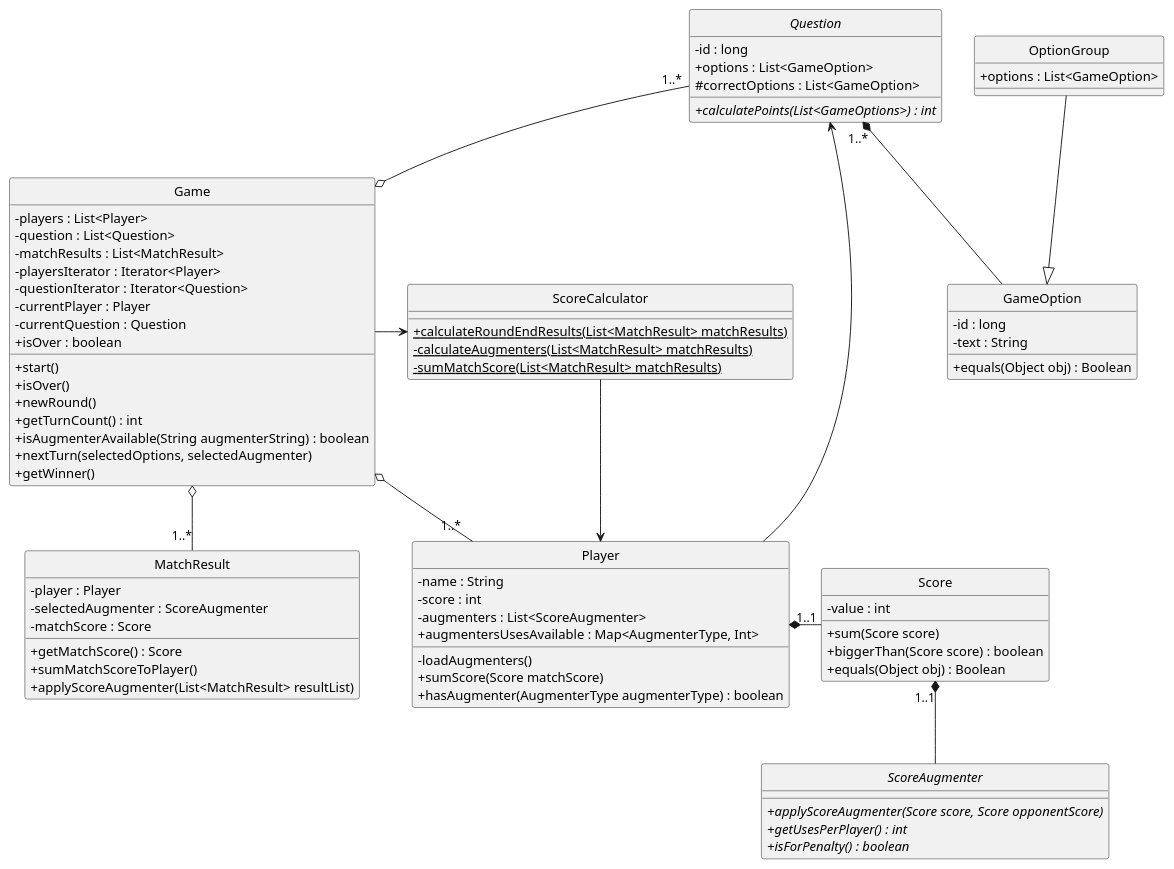
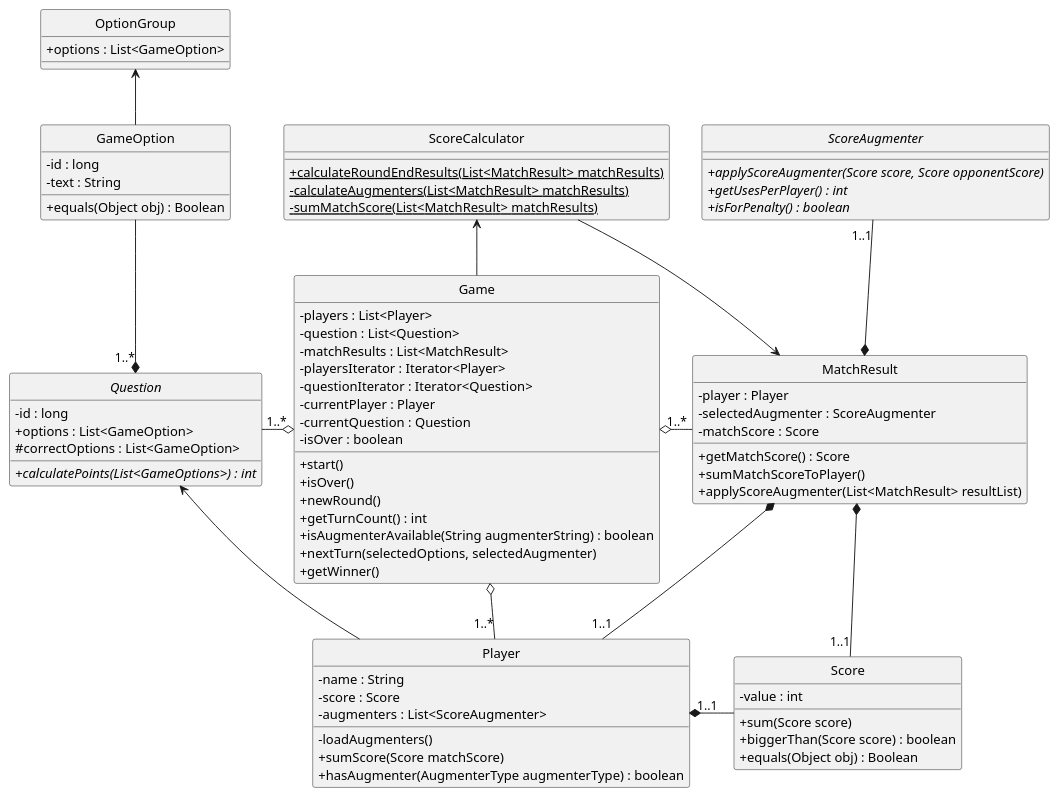
The diagram in docs/diagramaClases-Principal-TP2.plantuml (GEscandar/TP2-Kahoot), drawn with PlantUML before and after one commit. The commit also changed 5 other files, not shown here.

First line of the commit message:
Actualización diagramas de clase para entrega

```diff
--- a/docs/diagramaClases-Principal-TP2.plantuml
+++ b/docs/diagramaClases-Principal-TP2.plantuml
@@ -1,95 +1,96 @@
 @startuml DiagramaUML-Clases-TP2
 hide circle
 skinparam classAttributeIconSize 0
 
 abstract Question{
     - id : long
     + options : List<GameOption>
     # correctOptions : List<GameOption>
     + {abstract}calculatePoints(List<GameOptions>) : int
 }
 
 class GameOption{
     - id : long
 	- text : String
     + equals(Object obj) : Boolean
 }
 
 class OptionGroup{
     + options : List<GameOption>
 }
 
 class MatchResult{
     - player : Player
 	- selectedAugmenter : ScoreAugmenter
 	- matchScore : Score
     + getMatchScore() : Score
     + sumMatchScoreToPlayer()
     + applyScoreAugmenter(List<MatchResult> resultList) 
 }
 
 class Score{
     - value : int
     + sum(Score score)
     + biggerThan(Score score) : boolean
     + equals(Object obj) : Boolean
 }
 
 class Game{	
     - players : List<Player>
 	- question : List<Question>
     - matchResults : List<MatchResult>
     - playersIterator : Iterator<Player>
     - questionIterator : Iterator<Question>
 	- currentPlayer : Player
     - currentQuestion : Question
-    + isOver : boolean
+    - isOver : boolean
     + start()
     + isOver()
     + newRound()
     + getTurnCount() : int
     + isAugmenterAvailable(String augmenterString) : boolean
     + nextTurn(selectedOptions, selectedAugmenter)
     + getWinner()
 }
 
 class ScoreCalculator{
     + {static} calculateRoundEndResults(List<MatchResult> matchResults)
 	- {static} calculateAugmenters(List<MatchResult> matchResults)
     - {static} sumMatchScore(List<MatchResult> matchResults)
-
 }
 
 class Player{
     - name : String
-	- score : int
+	- score : Score
     - augmenters : List<ScoreAugmenter>
 	- loadAugmenters()
-    + augmentersUsesAvailable : Map<AugmenterType, Int>
     + sumScore(Score matchScore)
     + hasAugmenter(AugmenterType augmenterType) : boolean
 }
 
 abstract ScoreAugmenter{
     + {abstract}applyScoreAugmenter(Score score, Score opponentScore)
     + {abstract}getUsesPerPlayer() : int 
     + {abstract}isForPenalty() : boolean
 }
 
 
-Game  o--up"1..*"  Question
-Game o--right"1..*"  Player
-Game o--down"1..*"  MatchResult
-Game --right> ScoreCalculator
+Game  o--left"1..*"  Question
+Game o--"1..*"  Player
+Game o--right"1..*"  MatchResult
+Game --up> ScoreCalculator
 
-Score "1..1"*-- ScoreAugmenter
-ScoreCalculator --> Player
+MatchResult *--up"1..1" ScoreAugmenter
+MatchResult *--"1..1" Player
+MatchResult *--down"1..1" Score 
 
-Player --> Question
+ScoreCalculator --> MatchResult
+
+Player --up> Question
 
 Player "1..1"*--right Score
 
-Question "1..*"*-- GameOption
-OptionGroup --|> GameOption
+Question "1..*"*--up GameOption
+GameOption --up> OptionGroup
 
 @enduml
```
